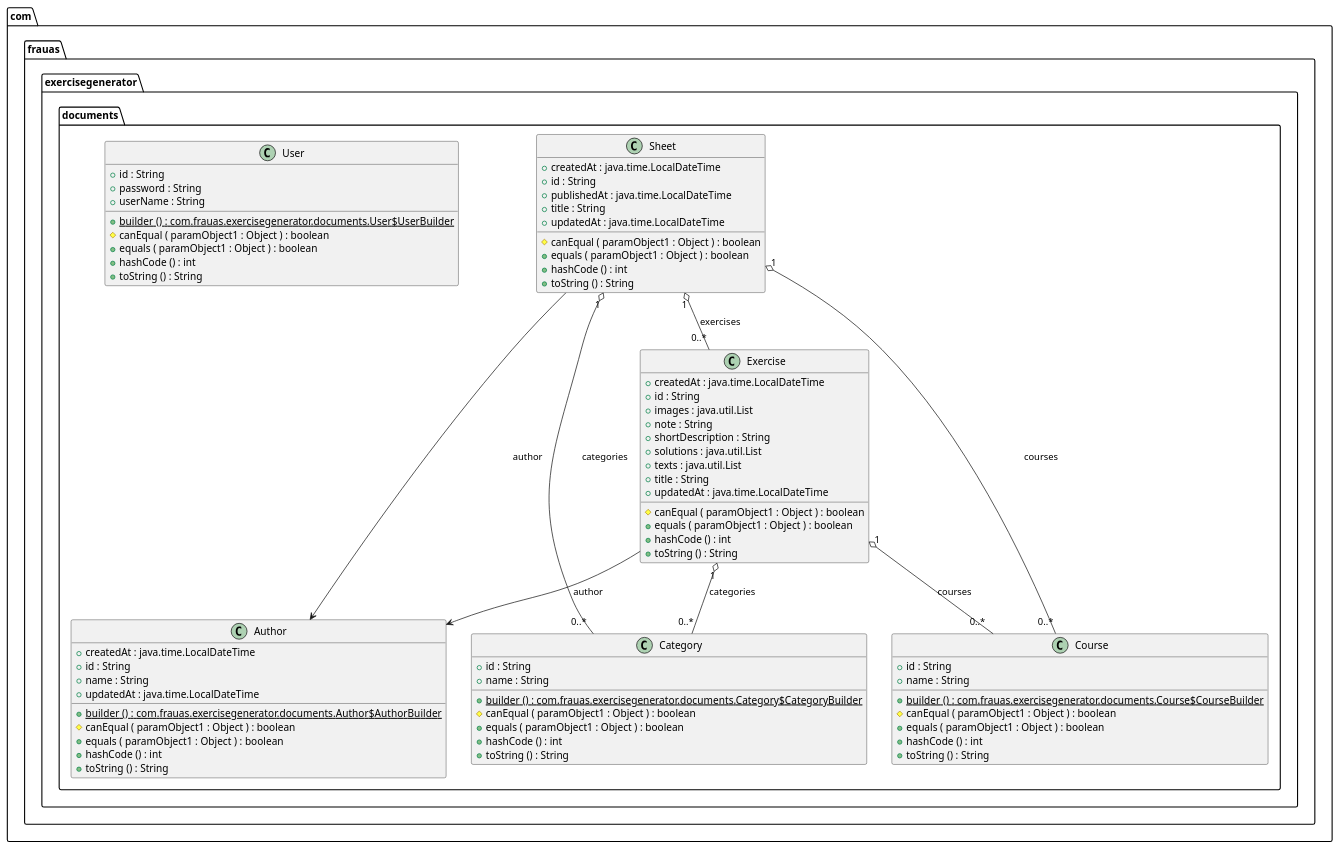
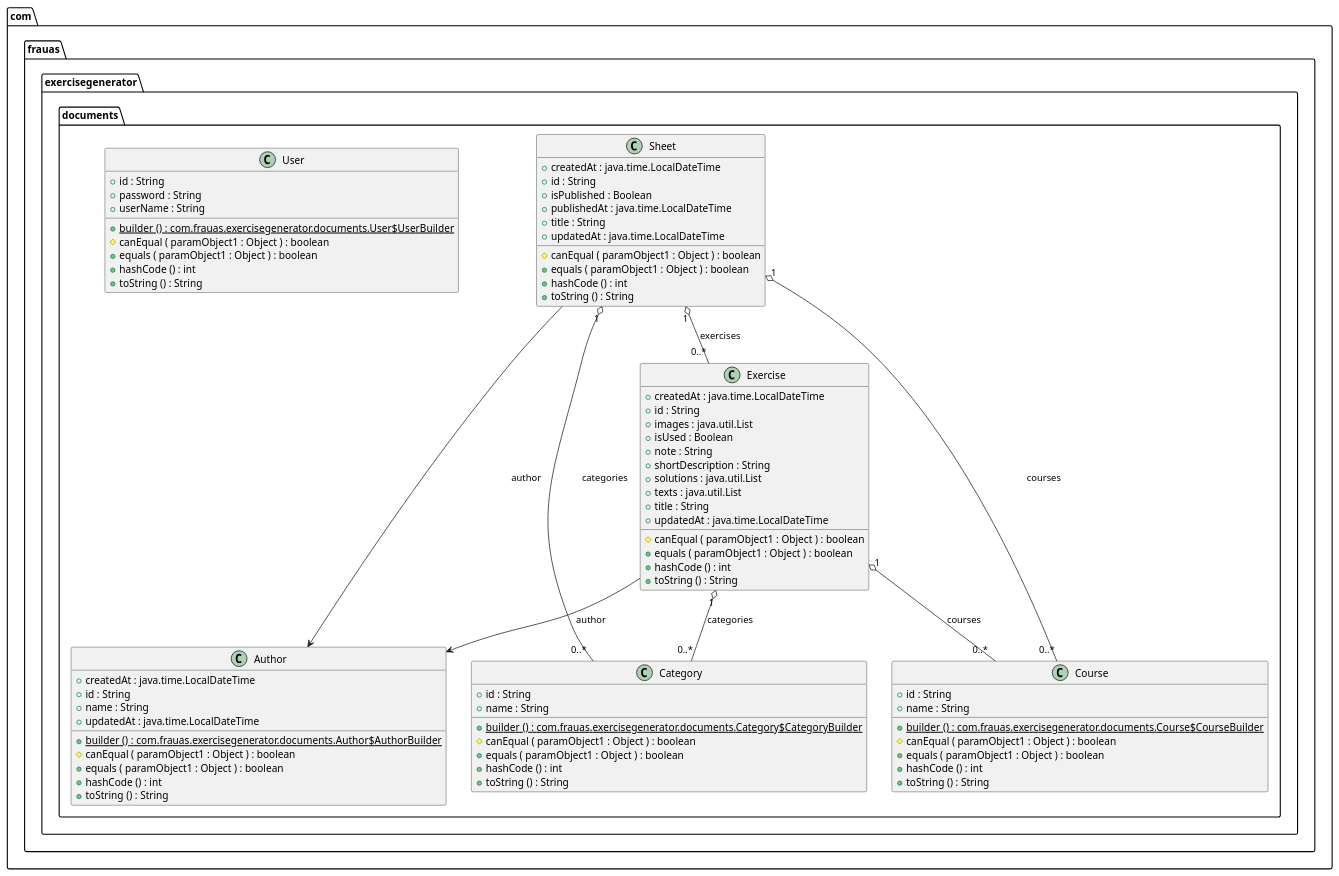
The diagram in doc/diagram.puml (CarlaHofmann/exercise-generator-be), drawn with PlantUML before and after one commit. The commit also changed 8 other files, not shown here.

Commit message:
added isUsed and isPublished

```diff
--- a/doc/diagram.puml
+++ b/doc/diagram.puml
@@ -1,91 +1,93 @@
 @startuml
 
 class com.frauas.exercisegenerator.documents.Author {
 	{field} +createdAt : java.time.LocalDateTime
 	{field} +id : String
 	{field} +name : String
 	{field} +updatedAt : java.time.LocalDateTime
 	{method}  {static} +builder () : com.frauas.exercisegenerator.documents.Author$AuthorBuilder
 	{method} #canEqual ( paramObject1 : Object ) : boolean
 	{method} +equals ( paramObject1 : Object ) : boolean
 	{method} +hashCode () : int
 	{method} +toString () : String
 }
 
 
 class com.frauas.exercisegenerator.documents.Category {
 	{field} +id : String
 	{field} +name : String
 	{method}  {static} +builder () : com.frauas.exercisegenerator.documents.Category$CategoryBuilder
 	{method} #canEqual ( paramObject1 : Object ) : boolean
 	{method} +equals ( paramObject1 : Object ) : boolean
 	{method} +hashCode () : int
 	{method} +toString () : String
 }
 
 
 class com.frauas.exercisegenerator.documents.Course {
 	{field} +id : String
 	{field} +name : String
 	{method}  {static} +builder () : com.frauas.exercisegenerator.documents.Course$CourseBuilder
 	{method} #canEqual ( paramObject1 : Object ) : boolean
 	{method} +equals ( paramObject1 : Object ) : boolean
 	{method} +hashCode () : int
 	{method} +toString () : String
 }
 
 
 class com.frauas.exercisegenerator.documents.Exercise {
 	{field} +createdAt : java.time.LocalDateTime
 	{field} +id : String
 	{field} +images : java.util.List
+	{field} +isUsed : Boolean
 	{field} +note : String
 	{field} +shortDescription : String
 	{field} +solutions : java.util.List
 	{field} +texts : java.util.List
 	{field} +title : String
 	{field} +updatedAt : java.time.LocalDateTime
 	{method} #canEqual ( paramObject1 : Object ) : boolean
 	{method} +equals ( paramObject1 : Object ) : boolean
 	{method} +hashCode () : int
 	{method} +toString () : String
 }
 
 
 class com.frauas.exercisegenerator.documents.Sheet {
 	{field} +createdAt : java.time.LocalDateTime
 	{field} +id : String
+	{field} +isPublished : Boolean
 	{field} +publishedAt : java.time.LocalDateTime
 	{field} +title : String
 	{field} +updatedAt : java.time.LocalDateTime
 	{method} #canEqual ( paramObject1 : Object ) : boolean
 	{method} +equals ( paramObject1 : Object ) : boolean
 	{method} +hashCode () : int
 	{method} +toString () : String
 }
 
 
 class com.frauas.exercisegenerator.documents.User {
 	{field} +id : String
 	{field} +password : String
 	{field} +userName : String
 	{method}  {static} +builder () : com.frauas.exercisegenerator.documents.User$UserBuilder
 	{method} #canEqual ( paramObject1 : Object ) : boolean
 	{method} +equals ( paramObject1 : Object ) : boolean
 	{method} +hashCode () : int
 	{method} +toString () : String
 }
 
 
 
 
 com.frauas.exercisegenerator.documents.Exercise "1" o-- "0..*"  com.frauas.exercisegenerator.documents.Category : categories
 com.frauas.exercisegenerator.documents.Exercise "1" o-- "0..*"  com.frauas.exercisegenerator.documents.Course : courses
 com.frauas.exercisegenerator.documents.Exercise -->  com.frauas.exercisegenerator.documents.Author : author
 com.frauas.exercisegenerator.documents.Sheet "1" o-- "0..*"  com.frauas.exercisegenerator.documents.Category : categories
 com.frauas.exercisegenerator.documents.Sheet "1" o-- "0..*"  com.frauas.exercisegenerator.documents.Course : courses
 com.frauas.exercisegenerator.documents.Sheet "1" o-- "0..*"  com.frauas.exercisegenerator.documents.Exercise : exercises
 com.frauas.exercisegenerator.documents.Sheet -->  com.frauas.exercisegenerator.documents.Author : author
 
 
 @enduml
```
